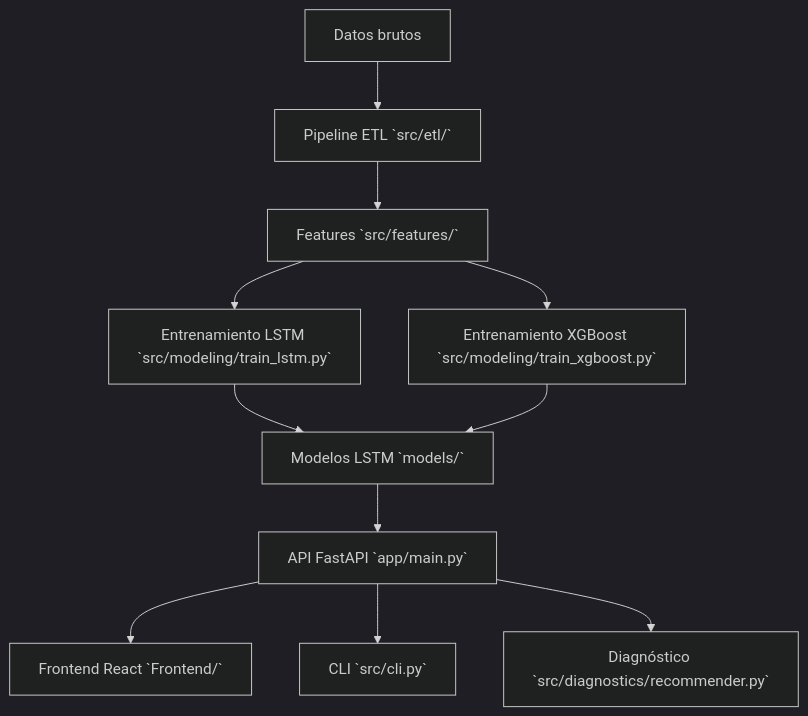
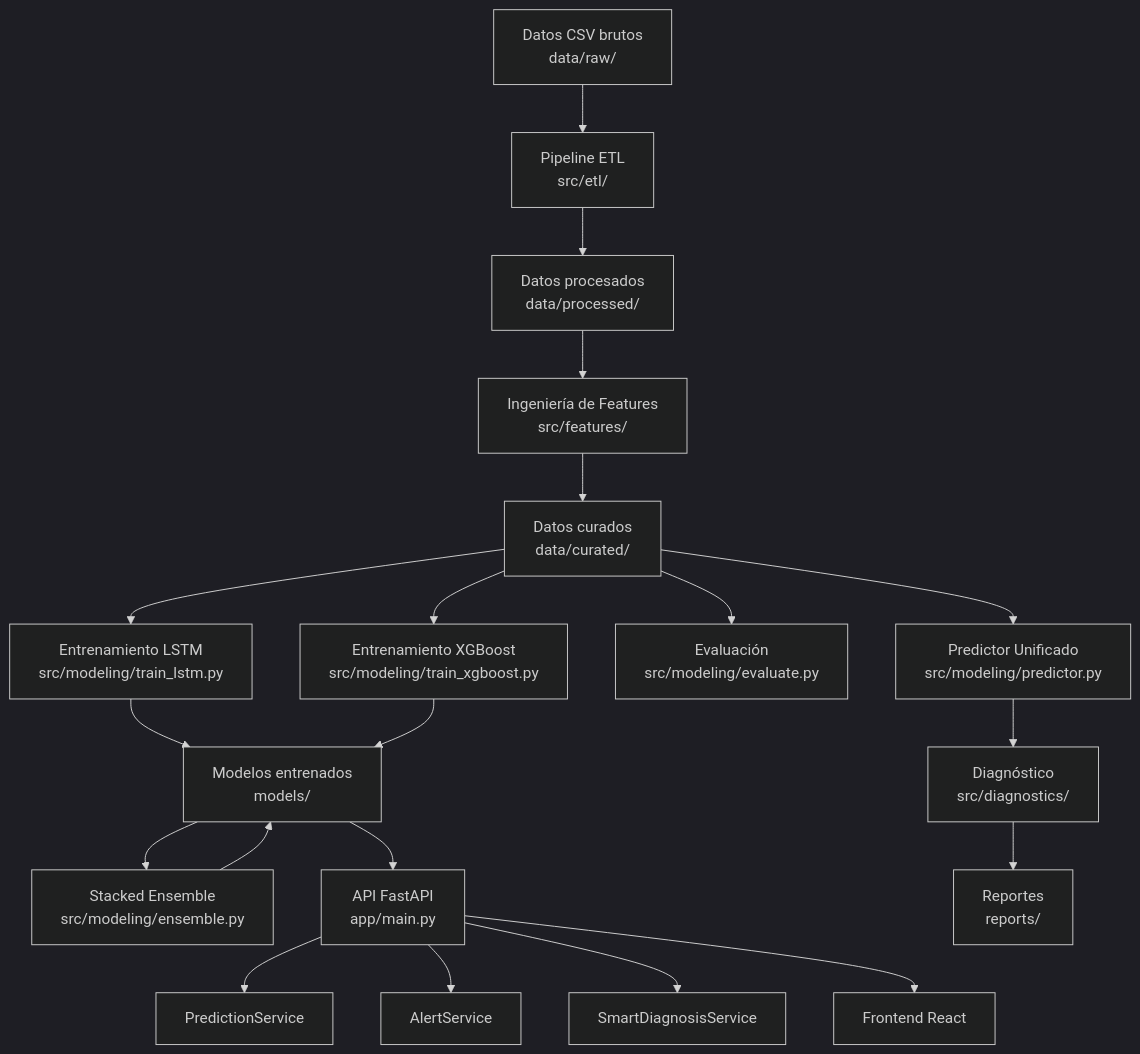
Before and after one commit to cristiaaann27/IMA-Backend: the first of 9 diagrams in README.md, drawn with Mermaid (dark theme). The commit also changed other lines of this file and 1 other file, not shown here.

````diff
--- a/README.md
+++ b/README.md
@@ -26,13 +37,22 @@
 ```mermaid
 flowchart TD
-    A[Datos brutos] --> B[Pipeline ETL `src/etl/`]
-    B --> C[Features `src/features/`]
-    C --> D[Entrenamiento LSTM `src/modeling/train_lstm.py`]
-    C --> E[Entrenamiento XGBoost `src/modeling/train_xgboost.py`]
-    D --> F[Modelos LSTM `models/`]
-    E --> F
-    F --> G[API FastAPI `app/main.py`]
-    G --> H[Frontend React `Frontend/`]
-    G --> I[CLI `src/cli.py`]
-    G --> J[Diagnóstico `src/diagnostics/recommender.py`]
+    A[Datos CSV brutos<br/>data/raw/] --> B[Pipeline ETL<br/>src/etl/]
+    B --> C[Datos procesados<br/>data/processed/]
+    C --> D[Ingeniería de Features<br/>src/features/]
+    D --> E[Datos curados<br/>data/curated/]
+    E --> F[Entrenamiento LSTM<br/>src/modeling/train_lstm.py]
+    E --> G[Entrenamiento XGBoost<br/>src/modeling/train_xgboost.py]
+    F --> H[Modelos entrenados<br/>models/]
+    G --> H
+    H --> I[Stacked Ensemble<br/>src/modeling/ensemble.py]
+    I --> H
+    H --> J[API FastAPI<br/>app/main.py]
+    J --> K[PredictionService]
+    J --> L[AlertService]
+    J --> M[SmartDiagnosisService]
+    J --> N[Frontend React]
+    E --> O[Evaluación<br/>src/modeling/evaluate.py]
+    E --> P[Predictor Unificado<br/>src/modeling/predictor.py]
+    P --> Q[Diagnóstico<br/>src/diagnostics/]
+    Q --> R[Reportes<br/>reports/]
 ```
````
